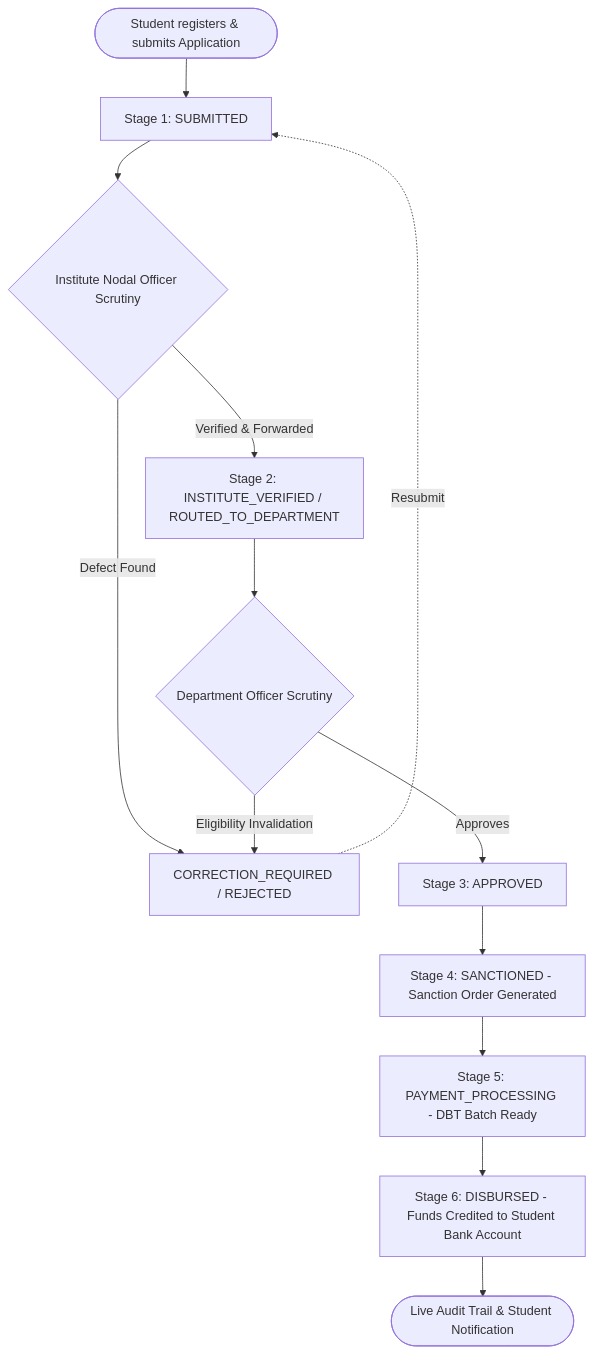
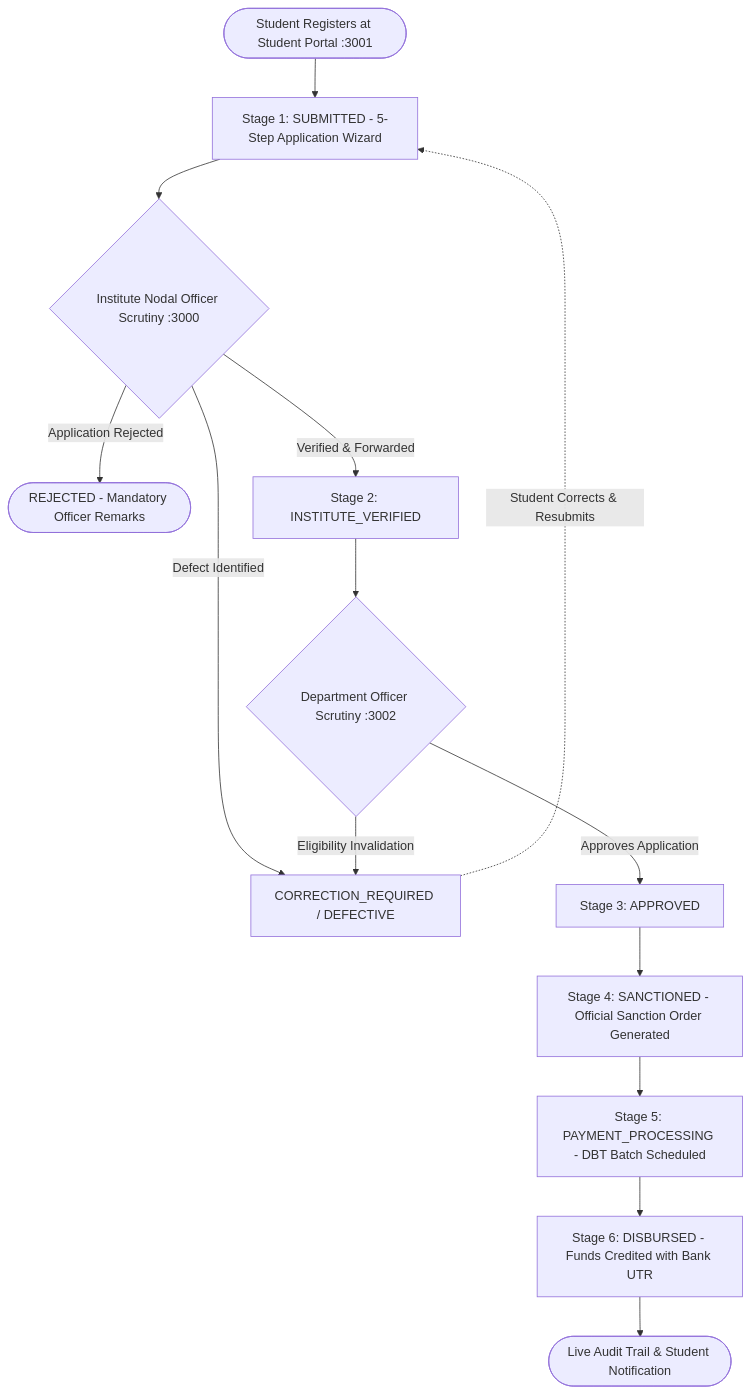
Before and after one commit to thilak-1706/integrated_scholarship_portal: the first of 2 diagrams in README.md, drawn with Mermaid. The commit also changed other lines of this file and 57 other files, not shown here.

````diff
--- a/README.md
+++ b/README.md
@@ -41,15 +52,16 @@
 ```mermaid
 flowchart TD
-    A([Student registers & submits Application]) --> B[Stage 1: SUBMITTED]
-    B --> C{Institute Nodal Officer Scrutiny}
-    C -- Defect Found --> D[CORRECTION_REQUIRED / REJECTED]
-    D -. Resubmit .-> B
-    C -- Verified & Forwarded --> E[Stage 2: INSTITUTE_VERIFIED / ROUTED_TO_DEPARTMENT]
-    E --> F{Department Officer Scrutiny}
+    A([Student Registers at Student Portal :3001]) --> B[Stage 1: SUBMITTED - 5-Step Application Wizard]
+    B --> C{Institute Nodal Officer Scrutiny :3000}
+    C -- Defect Identified --> D[CORRECTION_REQUIRED / DEFECTIVE]
+    D -. Student Corrects & Resubmits .-> B
+    C -- Application Rejected --> R([REJECTED - Mandatory Officer Remarks])
+    C -- Verified & Forwarded --> E[Stage 2: INSTITUTE_VERIFIED]
+    E --> F{Department Officer Scrutiny :3002}
     F -- Eligibility Invalidation --> D
-    F -- Approves --> G[Stage 3: APPROVED]
-    G --> H[Stage 4: SANCTIONED - Sanction Order Generated]
-    H --> I[Stage 5: PAYMENT_PROCESSING - DBT Batch Ready]
-    I --> J[Stage 6: DISBURSED - Funds Credited to Student Bank Account]
+    F -- Approves Application --> G[Stage 3: APPROVED]
+    G --> H[Stage 4: SANCTIONED - Official Sanction Order Generated]
+    H --> I[Stage 5: PAYMENT_PROCESSING - DBT Batch Scheduled]
+    I --> J[Stage 6: DISBURSED - Funds Credited with Bank UTR]
     J --> K([Live Audit Trail & Student Notification])
 ```
````
